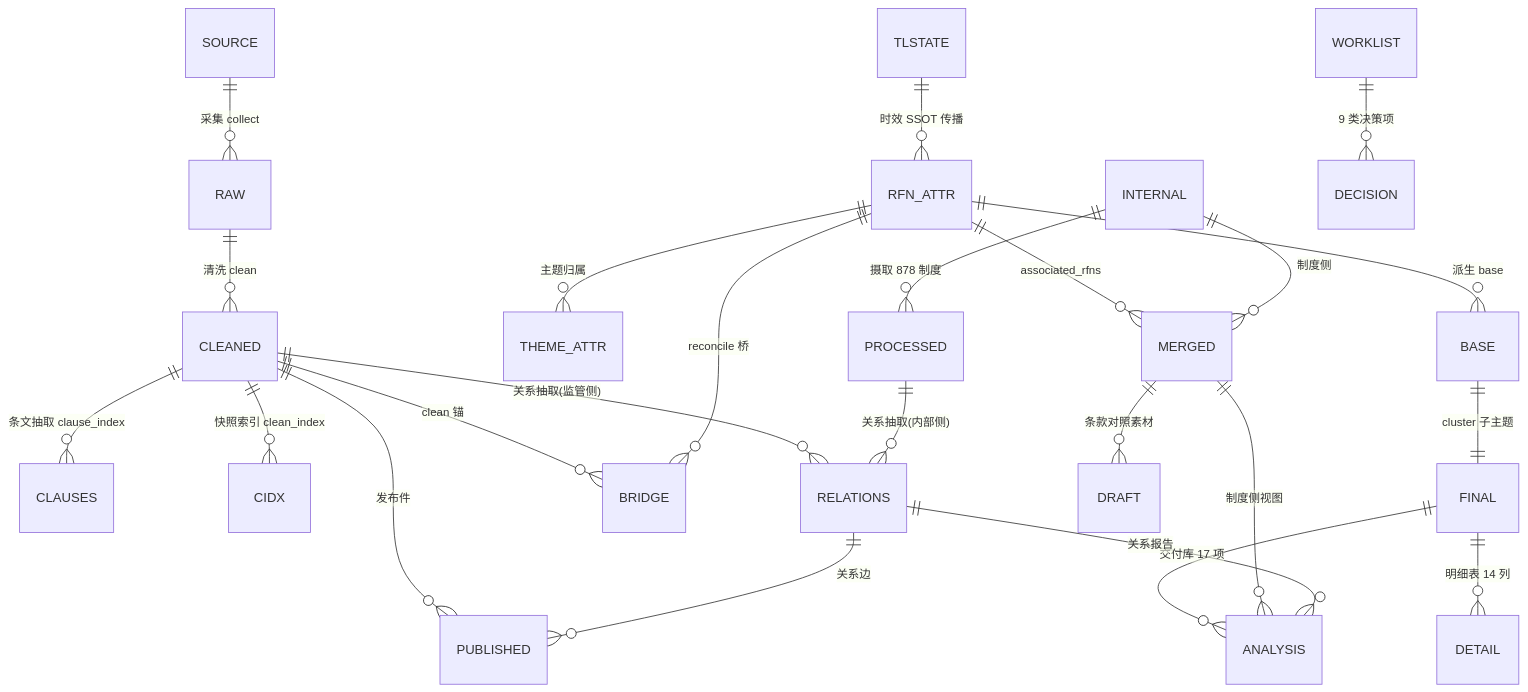
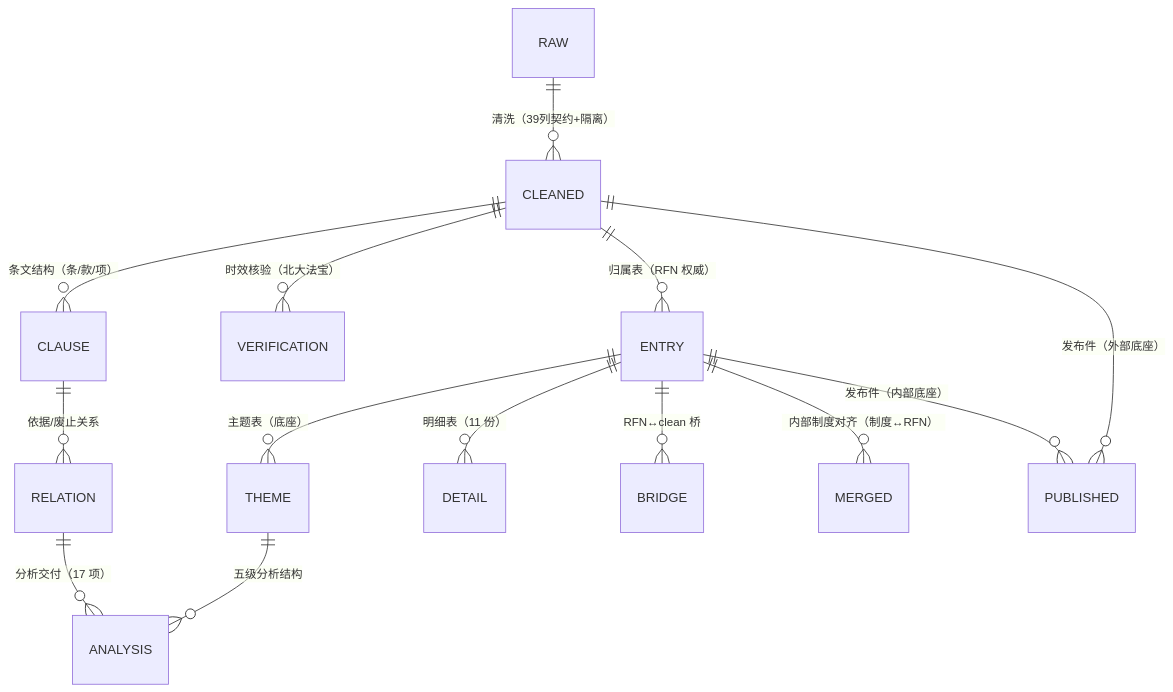
One commit to wangtierui/orchestrator changed the first of 2 diagrams in README.md. Above: the diagram before and after it, drawn with Mermaid. The commit also changed other lines of this file and 5 other files, not shown here.

````diff
--- a/README.md
+++ b/README.md
@@ -141,26 +107,16 @@
 ```mermaid
 erDiagram
-    SOURCE ||--o{ RAW : "采集 collect"
-    RAW ||--o{ CLEANED : "清洗 clean"
-    CLEANED ||--o{ CLAUSES : "条文抽取 clause_index"
-    CLEANED ||--o{ CIDX : "快照索引 clean_index"
-    TLSTATE ||--o{ RFN_ATTR : "时效 SSOT 传播"
-    RFN_ATTR ||--o{ THEME_ATTR : "主题归属"
-    RFN_ATTR ||--o{ BASE : "派生 base"
-    BASE ||--|| FINAL : "cluster 子主题"
-    FINAL ||--o{ DETAIL : "明细表 14 列"
-    CLEANED ||--o{ BRIDGE : "clean 锚"
-    RFN_ATTR ||--o{ BRIDGE : "reconcile 桥"
-    CLEANED ||--o{ RELATIONS : "关系抽取(监管侧)"
-    INTERNAL ||--o{ PROCESSED : "摄取 878 制度"
-    PROCESSED ||--o{ RELATIONS : "关系抽取(内部侧)"
-    RFN_ATTR ||--o{ MERGED : "associated_rfns"
-    INTERNAL ||--o{ MERGED : "制度侧"
-    MERGED ||--o{ DRAFT : "条款对照素材"
-    CLEANED ||--o{ PUBLISHED : "发布件"
-    RELATIONS ||--o{ PUBLISHED : "关系边"
-    FINAL ||--o{ ANALYSIS : "交付库 17 项"
-    MERGED ||--o{ ANALYSIS : "制度侧视图"
-    RELATIONS ||--o{ ANALYSIS : "关系报告"
-    WORKLIST ||--o{ DECISION : "9 类决策项"
+    RAW ||--o{ CLEANED : "清洗（39列契约+隔离）"
+    CLEANED ||--o{ CLAUSE : "条文结构（条/款/项）"
+    CLEANED ||--o{ VERIFICATION : "时效核验（北大法宝）"
+    CLEANED ||--o{ ENTRY : "归属表（RFN 权威）"
+    ENTRY ||--o{ THEME : "主题表（底座）"
+    ENTRY ||--o{ DETAIL : "明细表（11 份）"
+    ENTRY ||--o{ BRIDGE : "RFN↔clean 桥"
+    CLAUSE ||--o{ RELATION : "依据/废止关系"
+    ENTRY ||--o{ MERGED : "内部制度对齐（制度↔RFN）"
+    CLEANED ||--o{ PUBLISHED : "发布件（外部底座）"
+    ENTRY ||--o{ PUBLISHED : "发布件（内部底座）"
+    RELATION ||--o{ ANALYSIS : "分析交付（17 项）"
+    THEME ||--o{ ANALYSIS : "五级分析结构"
 ```
````
